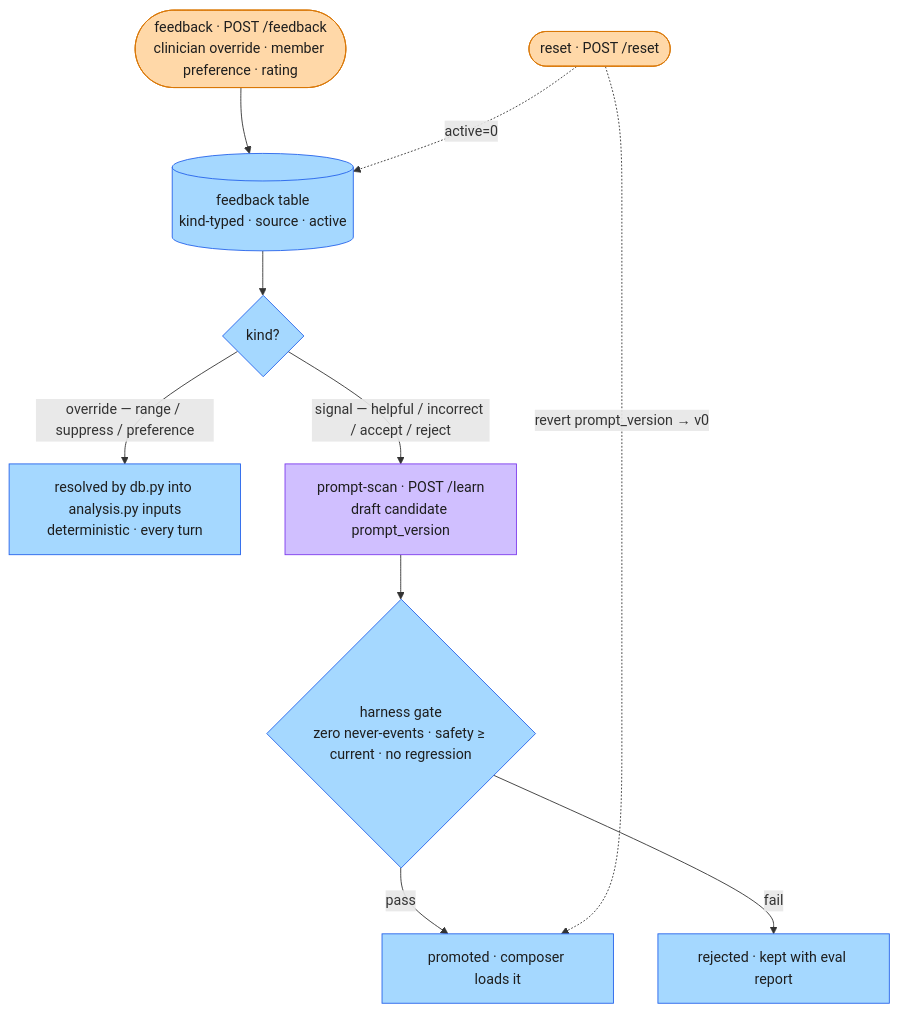
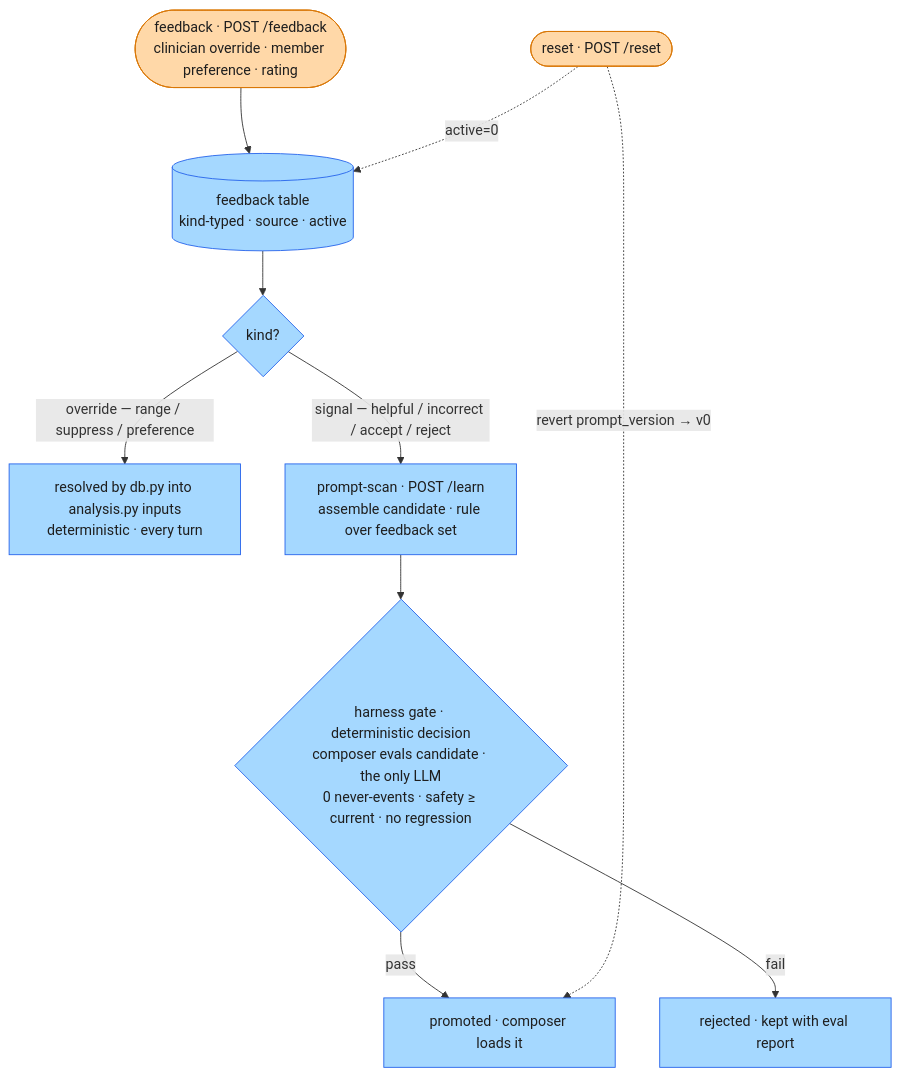
Diagram 11 of 11 in docs/architecture.md (franalli/health-agent-lab), drawn with Mermaid before and after one commit. The commit also changed other lines of this file and 32 other files, not shown here.

Commit message:
Phase 7: learn, feedback, and nuke routes

````diff
--- a/docs/architecture.md
+++ b/docs/architecture.md
@@ -690,16 +690,16 @@
 ```mermaid
 flowchart TB
   FB([feedback · POST /feedback<br/>clinician override · member preference · rating]):::io --> STORE[(feedback table<br/>kind-typed · source · active)]:::det
   STORE --> SPLIT{kind?}:::det
   SPLIT -->|"override — range / suppress / preference"| CORE[resolved by db.py into analysis.py inputs<br/>deterministic · every turn]:::det
-  SPLIT -->|"signal — helpful / incorrect / accept / reject"| SCAN[prompt-scan · POST /learn<br/>draft candidate prompt_version]:::gen
-  SCAN --> GATE{harness gate<br/>zero never-events · safety ≥ current · no regression}:::det
+  SPLIT -->|"signal — helpful / incorrect / accept / reject"| SCAN[prompt-scan · POST /learn<br/>assemble candidate · rule over feedback set]:::det
+  SCAN --> GATE{harness gate · deterministic decision<br/>composer evals candidate · the only LLM<br/>0 never-events · safety ≥ current · no regression}:::det
   GATE -->|pass| PROMO[promoted · composer loads it]:::det
   GATE -->|fail| REJ[rejected · kept with eval report]:::det
   RESET([reset · POST /reset]):::io -.->|"active=0"| STORE
   RESET -.->|"revert prompt_version → v0"| PROMO
 
   classDef det fill:#a5d8ff,stroke:#2563eb,color:#1e1e1e
   classDef gen fill:#d0bfff,stroke:#7c3aed,color:#1e1e1e
   classDef io fill:#ffd8a8,stroke:#d97706,color:#1e1e1e
 ```
````
